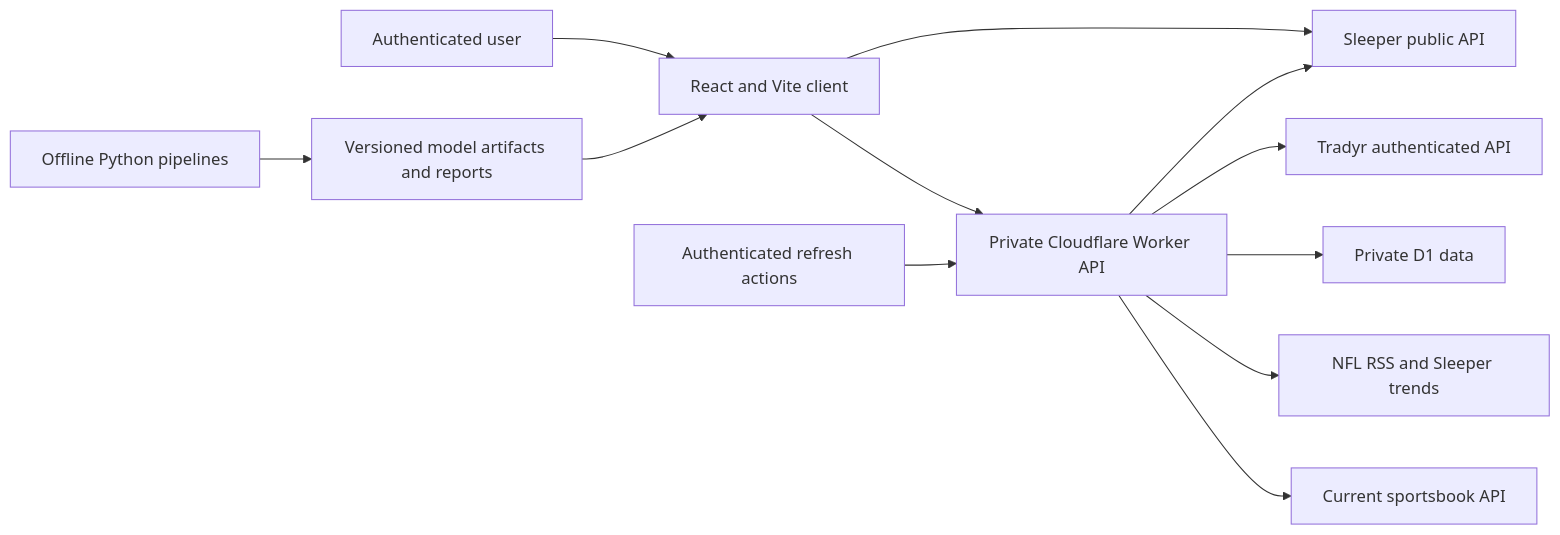
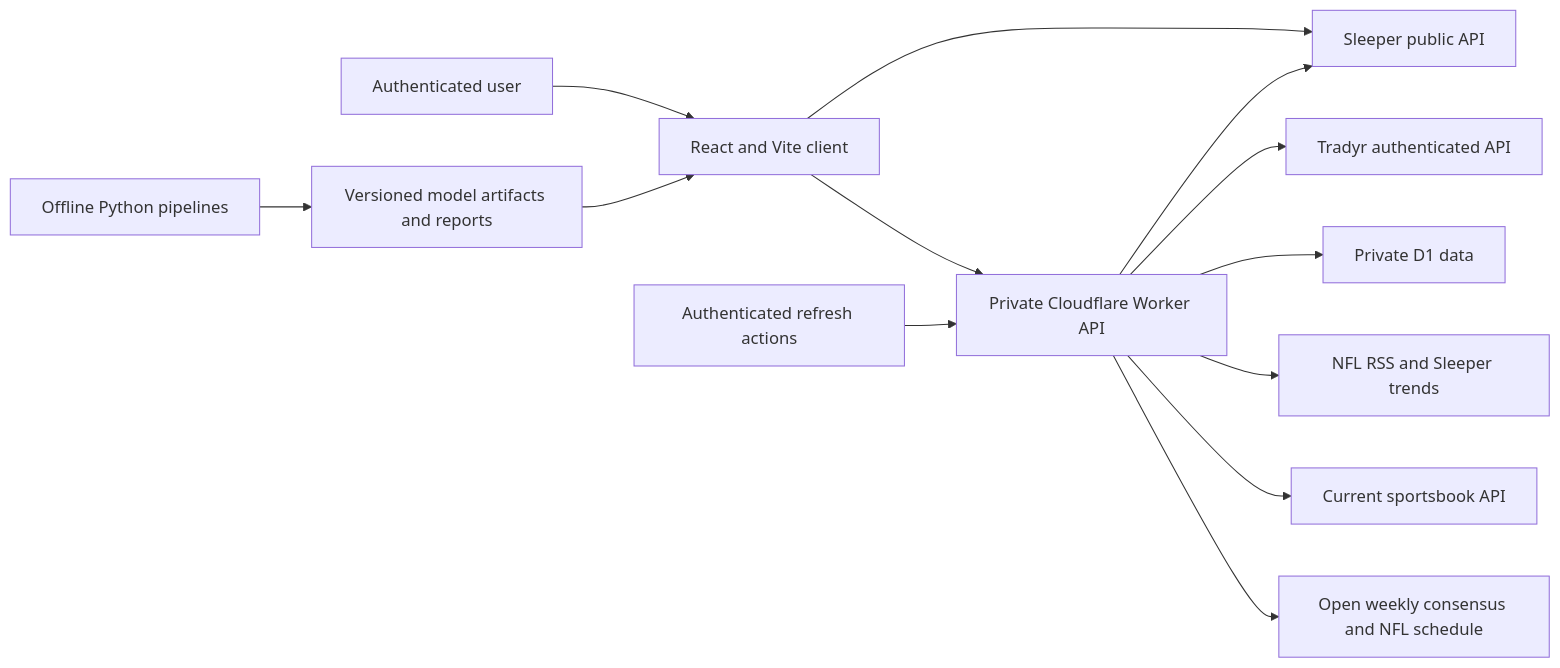
Before and after one commit to aidandaly24/fantasy-football-trade: the diagram in docs/architecture.md, drawn with Mermaid. The commit also changed other lines of this file and 18 other files, not shown here.

````diff
--- a/docs/architecture.md
+++ b/docs/architecture.md
@@ -17,14 +17,15 @@
 ```mermaid
 flowchart LR
   U["Authenticated user"] --> UI["React and Vite client"]
   UI --> S["Sleeper public API"]
   UI --> W["Private Cloudflare Worker API"]
   W --> T["Tradyr authenticated API"]
   W --> D1["Private D1 data"]
   W --> S
   W --> N["NFL RSS and Sleeper trends"]
   W --> O["Current sportsbook API"]
+  W --> WP["Open weekly consensus and NFL schedule"]
   ML["Offline Python pipelines"] --> A["Versioned model artifacts and reports"]
   A --> UI
   CLICK["Authenticated refresh actions"] --> W
 ```
````
